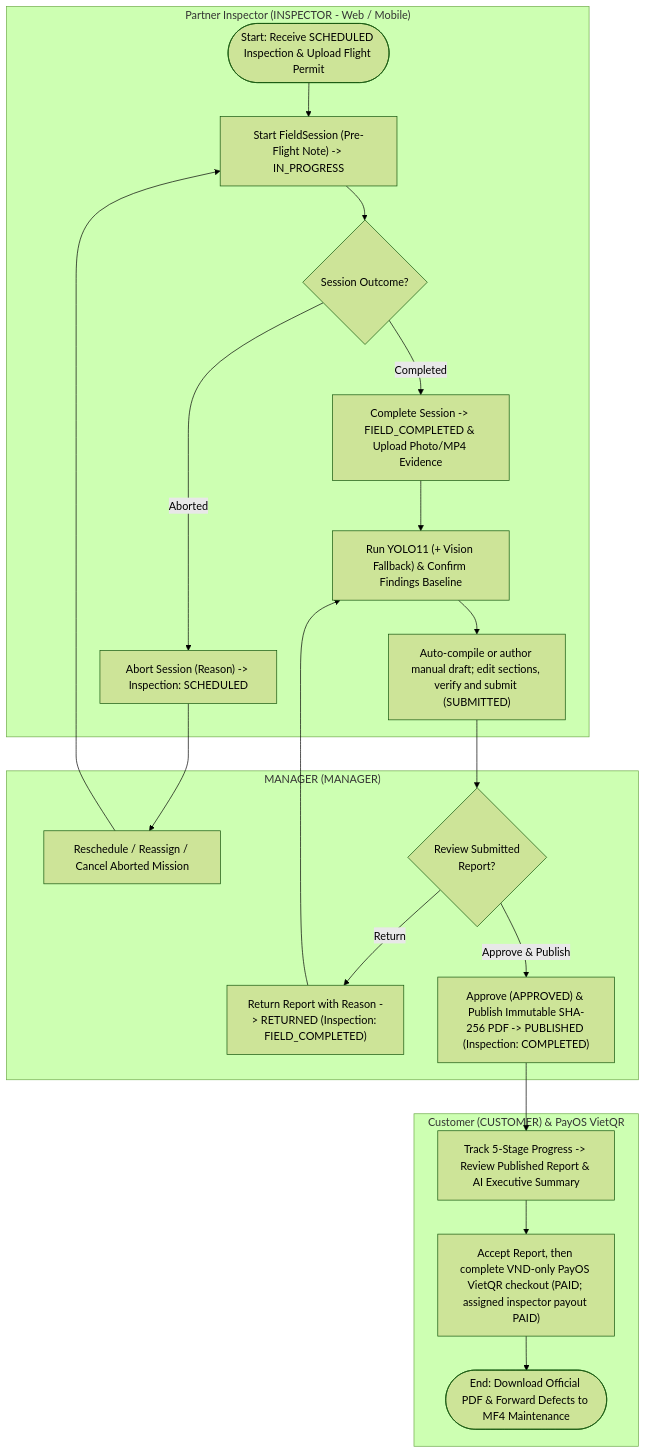
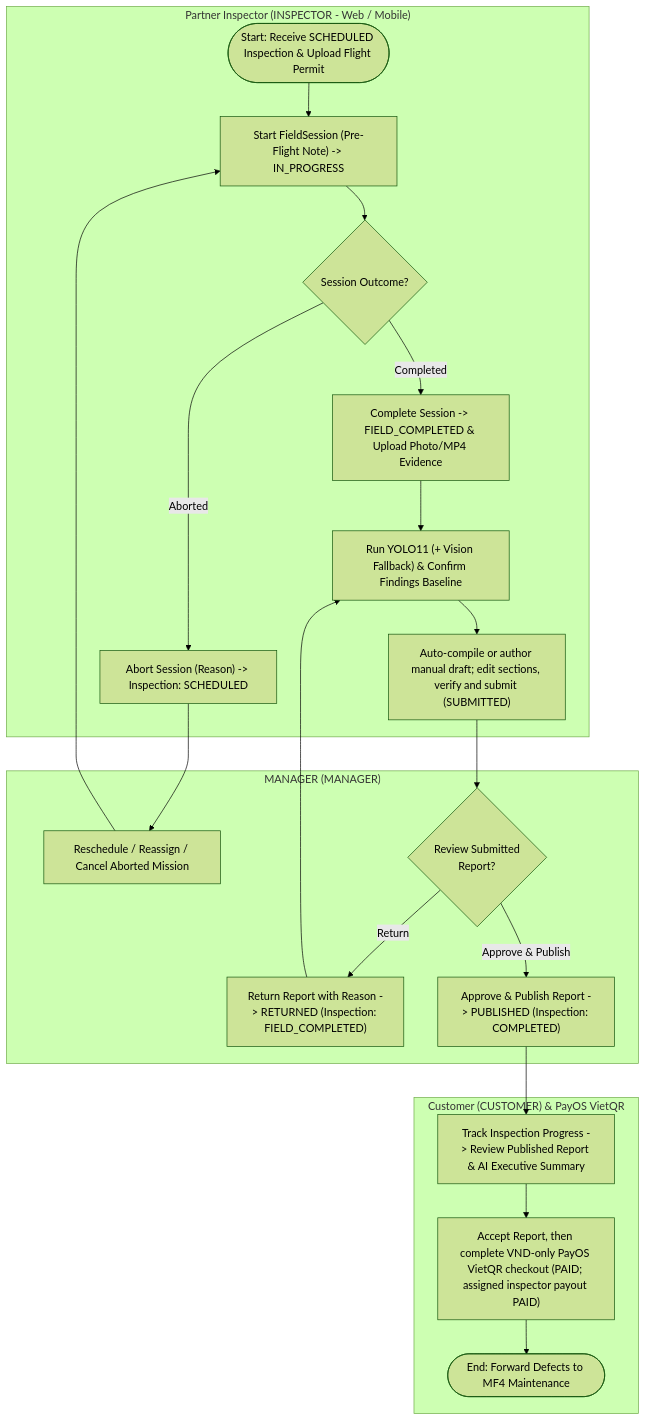
One commit to tungbach12/SmartDroneInspection-Docs changed diagram 18 of 23 in reports/report-4-software-design-document/03-detailed-design.md. Above: the diagram before and after it, drawn with Mermaid (forest theme). The commit also changed other lines of this file and 9 other files, not shown here.

````diff
--- a/reports/report-4-software-design-document/03-detailed-design.md
+++ b/reports/report-4-software-design-document/03-detailed-design.md
@@ -837,32 +829,32 @@
 ```mermaid
 %% title: WF-03 Activity Diagram - Permit Gate, Field Session, YOLO11, Auto-Compiled Report and PayOS
 flowchart TD
   subgraph IN3["Partner Inspector (INSPECTOR - Web / Mobile)"]
     C1(["Start: Receive SCHEDULED Inspection & Upload Flight Permit"])
     C2["Start FieldSession (Pre-Flight Note) -> IN_PROGRESS"]
     C3{"Session Outcome?"}
     C4["Abort Session (Reason) -> Inspection: SCHEDULED"]
     C5["Complete Session -> FIELD_COMPLETED & Upload Photo/MP4 Evidence"]
     C6["Run YOLO11 (+ Vision Fallback) & Confirm Findings Baseline"]
     C7["Auto-compile or author manual draft; edit sections, verify and submit (SUBMITTED)"]
   end
 
   subgraph MG3["MANAGER (MANAGER)"]
     C4M["Reschedule / Reassign / Cancel Aborted Mission"]
     C8{"Review Submitted\nReport?"}
     C9["Return Report with Reason -> RETURNED (Inspection: FIELD_COMPLETED)"]
-    C10["Approve (APPROVED) & Publish Immutable SHA-256 PDF -> PUBLISHED (Inspection: COMPLETED)"]
+    C10["Approve & Publish Report -> PUBLISHED (Inspection: COMPLETED)"]
   end
 
   subgraph CU3["Customer (CUSTOMER) & PayOS VietQR"]
-    C11["Track 5-Stage Progress -> Review Published Report & AI Executive Summary"]
+    C11["Track Inspection Progress -> Review Published Report & AI Executive Summary"]
     C12["Accept Report, then complete VND-only PayOS VietQR checkout (PAID; assigned inspector payout PAID)"]
-    C13(["End: Download Official PDF & Forward Defects to MF4 Maintenance"])
+    C13(["End: Forward Defects to MF4 Maintenance"])
   end
 
   C1 --> C2 --> C3
   C3 -->|"Aborted"| C4 --> C4M --> C2
   C3 -->|"Completed"| C5 --> C6 --> C7 --> C8
   C8 -->|"Return"| C9 --> C6
   C8 -->|"Approve & Publish"| C10 --> C11 --> C12 --> C13
 ```
````
